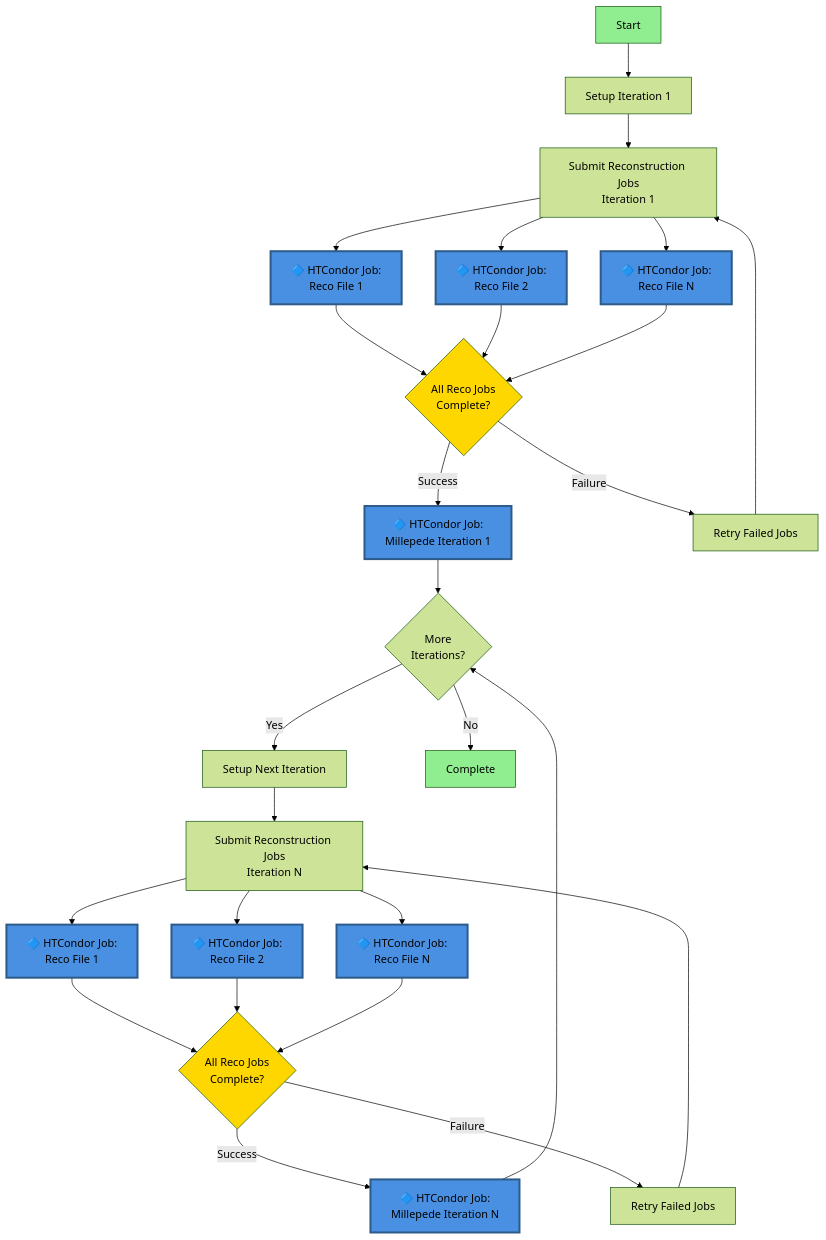
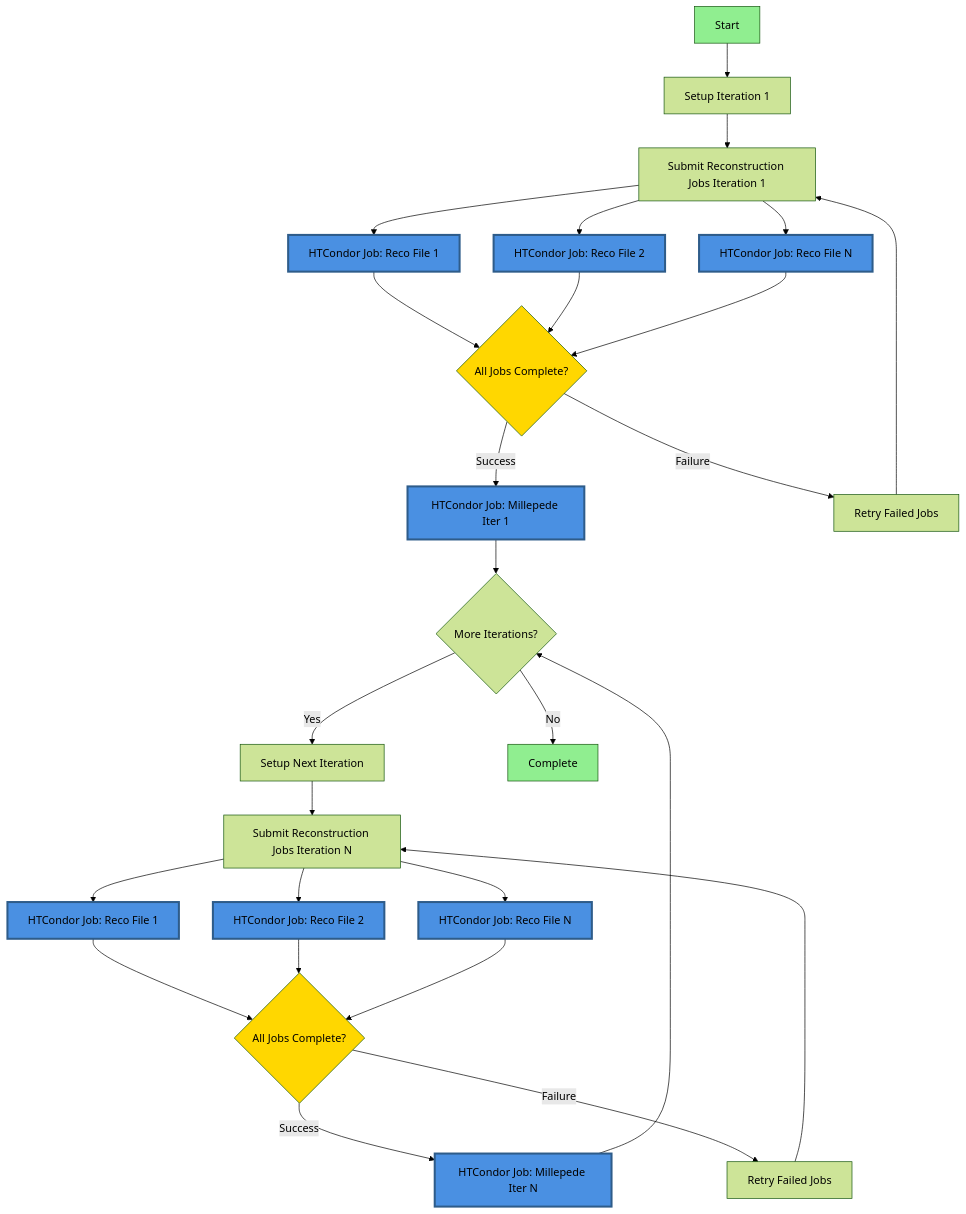
Before and after one commit to shunliang233/alignment: the first of 3 diagrams in README.md, drawn with Mermaid (forest theme). The commit also changed other lines of this file and 4 other files, not shown here.

Commit message:
Revert to original diagram, add sub-process diagrams, create Chinese docs, enhance validation

````diff
--- a/README.md
+++ b/README.md
@@ -176,41 +176,41 @@
 ```mermaid
 graph TD
     A[Start] --> B[Setup Iteration 1]
-    B --> C[Submit Reconstruction Jobs<br/>Iteration 1]
-    C --> C1["🔷 HTCondor Job:<br/>Reco File 1"]
-    C --> C2["🔷 HTCondor Job:<br/>Reco File 2"]
-    C --> C3["🔷 HTCondor Job:<br/>Reco File N"]
-    C1 --> D{All Reco Jobs<br/>Complete?}
+    B --> C[Submit Reconstruction Jobs Iteration 1]
+    C --> C1[HTCondor Job: Reco File 1]
+    C --> C2[HTCondor Job: Reco File 2]
+    C --> C3[HTCondor Job: Reco File N]
+    C1 --> D{All Jobs Complete?}
     C2 --> D
     C3 --> D
-    D -->|Success| E["🔷 HTCondor Job:<br/>Millepede Iteration 1"]
+    D -->|Success| E[HTCondor Job: Millepede Iter 1]
     D -->|Failure| F[Retry Failed Jobs]
     F --> C
-    E --> G{More<br/>Iterations?}
+    E --> G{More Iterations?}
     G -->|Yes| H[Setup Next Iteration]
-    H --> I[Submit Reconstruction Jobs<br/>Iteration N]
-    I --> I1["🔷 HTCondor Job:<br/>Reco File 1"]
-    I --> I2["🔷 HTCondor Job:<br/>Reco File 2"]
-    I --> I3["🔷 HTCondor Job:<br/>Reco File N"]
-    I1 --> J{All Reco Jobs<br/>Complete?}
+    H --> I[Submit Reconstruction Jobs Iteration N]
+    I --> I1[HTCondor Job: Reco File 1]
+    I --> I2[HTCondor Job: Reco File 2]
+    I --> I3[HTCondor Job: Reco File N]
+    I1 --> J{All Jobs Complete?}
     I2 --> J
     I3 --> J
-    J -->|Success| K["🔷 HTCondor Job:<br/>Millepede Iteration N"]
+    J -->|Success| K[HTCondor Job: Millepede Iter N]
     J -->|Failure| L[Retry Failed Jobs]
     L --> I
     K --> G
     G -->|No| M[Complete]
     
     style A fill:#90EE90
     style M fill:#90EE90
     style C1 fill:#4A90E2,stroke:#2E5C8A,stroke-width:3px
     style C2 fill:#4A90E2,stroke:#2E5C8A,stroke-width:3px
     style C3 fill:#4A90E2,stroke:#2E5C8A,stroke-width:3px
     style E fill:#4A90E2,stroke:#2E5C8A,stroke-width:3px
     style I1 fill:#4A90E2,stroke:#2E5C8A,stroke-width:3px
     style I2 fill:#4A90E2,stroke:#2E5C8A,stroke-width:3px
     style I3 fill:#4A90E2,stroke:#2E5C8A,stroke-width:3px
     style K fill:#4A90E2,stroke:#2E5C8A,stroke-width:3px
     style D fill:#FFD700
     style J fill:#FFD700
 ```
````
